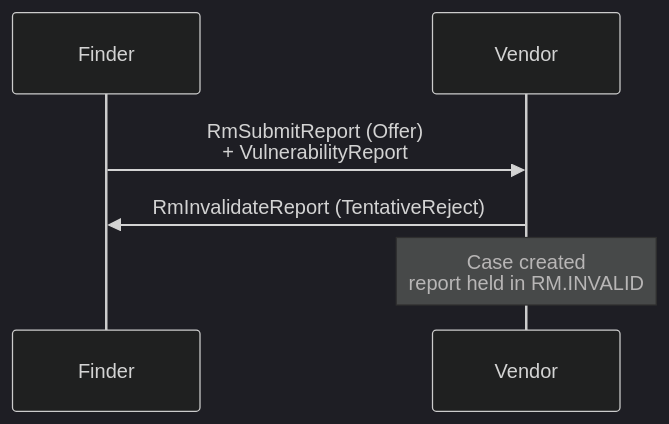
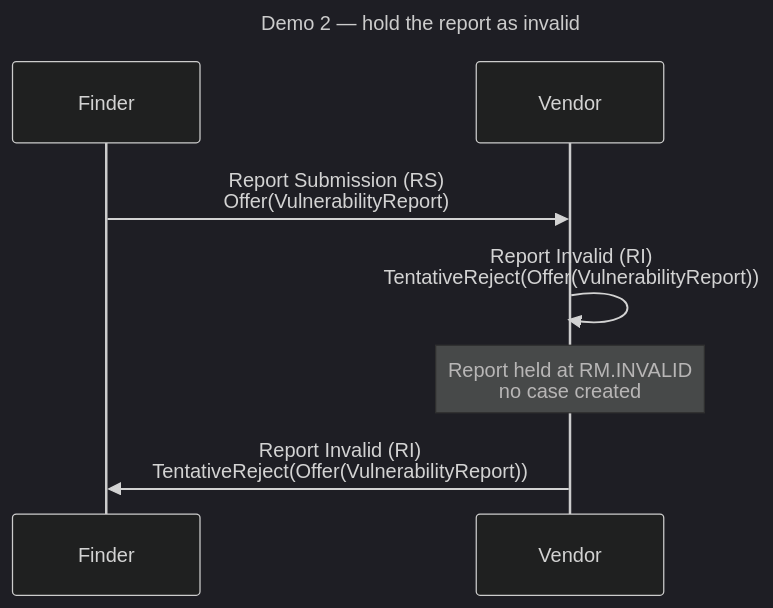
One commit to CERTCC/Vultron changed the second of 3 diagrams in docs/tutorials/receive_report_demo.md. Above: the diagram before and after it, drawn with Mermaid (dark theme). The commit also changed other lines of this file and 24 other files, not shown here.

````diff
--- a/docs/tutorials/receive_report_demo.md
+++ b/docs/tutorials/receive_report_demo.md
@@ -149,9 +149,13 @@
 ```mermaid
+---
+title: Demo 2 — hold the report as invalid
+---
 sequenceDiagram
     participant F as Finder
     participant V as Vendor
 
-    F->>V: RmSubmitReport (Offer)<br/>+ VulnerabilityReport
-    V->>F: RmInvalidateReport (TentativeReject)
-    Note over V: Case created<br/>report held in RM.INVALID
+    F->>V: Report Submission (RS)<br/>Offer(VulnerabilityReport)
+    V->>V: Report Invalid (RI)<br/>TentativeReject(Offer(VulnerabilityReport))
+    Note over V: Report held at RM.INVALID<br/>no case created
+    V->>F: Report Invalid (RI)<br/>TentativeReject(Offer(VulnerabilityReport))
 ```
````
